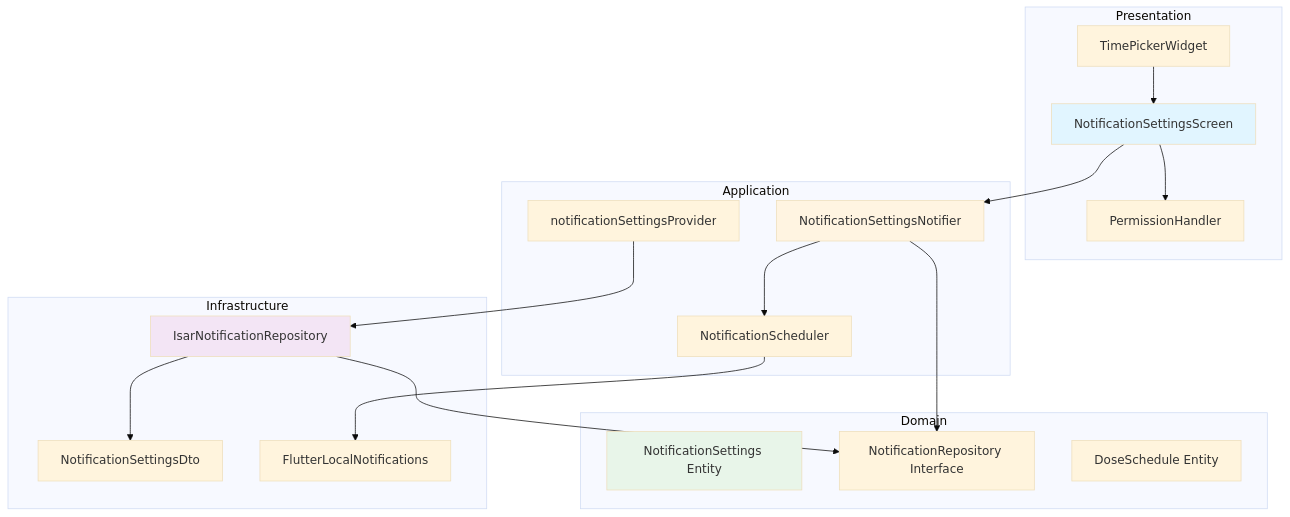
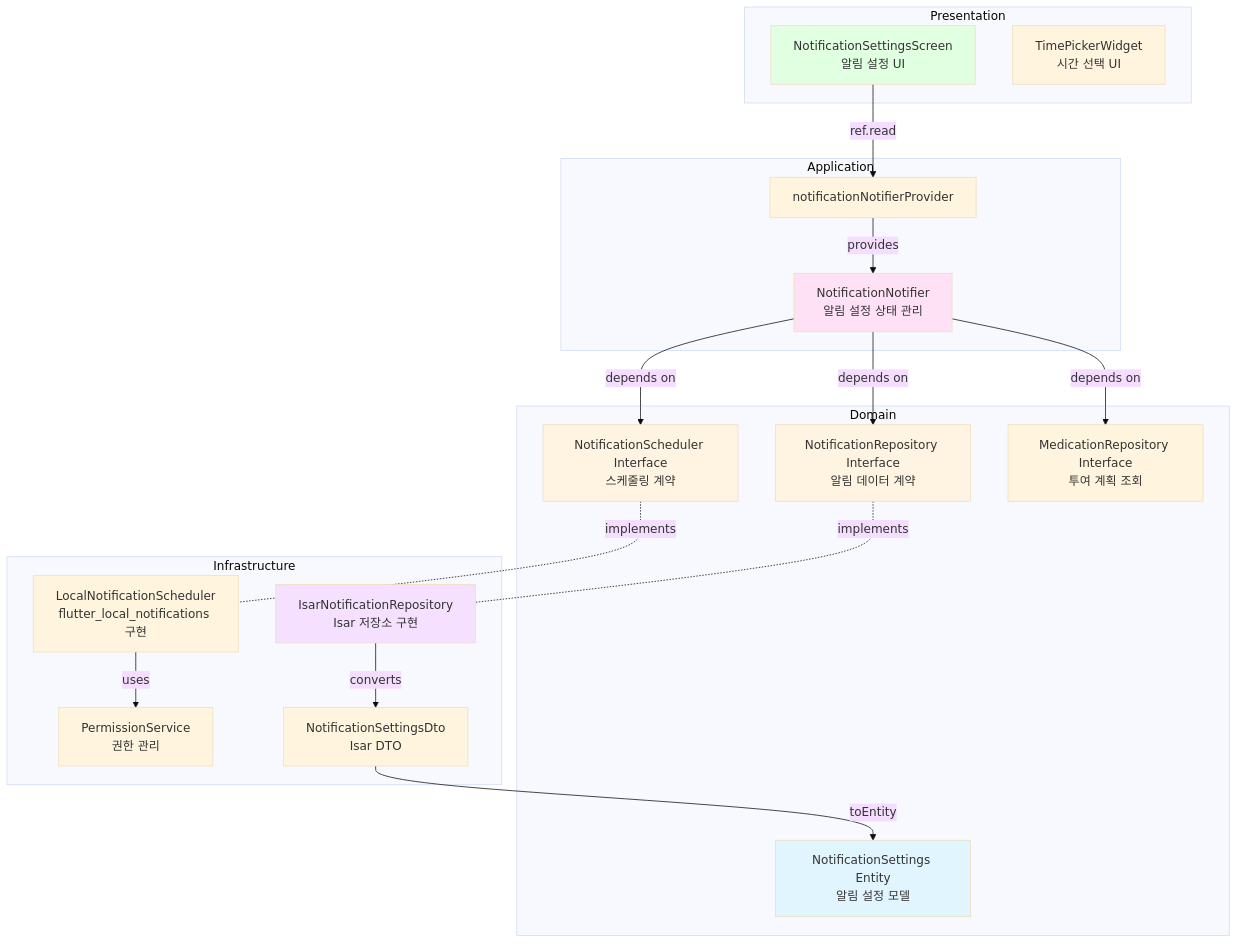
One commit to pcepyon/n06 changed the diagram in docs/014/plan.md. Above: the diagram before and after it, drawn with Mermaid (base theme). The commit also changed other lines of this file and 18 other files, not shown here.

````diff
--- a/docs/014/plan.md
+++ b/docs/014/plan.md
@@ -20,41 +27,44 @@
 ```mermaid
-graph TD
+graph TB
     subgraph Presentation
-        A[NotificationSettingsScreen]
-        B[TimePickerWidget]
-        C[PermissionHandler]
+        SettingsScreen[NotificationSettingsScreen<br/>알림 설정 UI]
+        TimePickerWidget[TimePickerWidget<br/>시간 선택 UI]
     end
 
     subgraph Application
-        D[NotificationSettingsNotifier]
-        E[NotificationScheduler]
-        F[notificationSettingsProvider]
+        NotificationNotifier[NotificationNotifier<br/>알림 설정 상태 관리]
+        NotificationProvider[notificationNotifierProvider]
     end
 
     subgraph Domain
-        G[NotificationSettings Entity]
-        H[NotificationRepository Interface]
-        I[DoseSchedule Entity]
+        NotificationSettings[NotificationSettings Entity<br/>알림 설정 모델]
+        NotificationRepo[NotificationRepository Interface<br/>알림 데이터 계약]
+        NotificationScheduler[NotificationScheduler Interface<br/>스케줄링 계약]
+        MedicationRepo[MedicationRepository Interface<br/>투여 계획 조회]
     end
 
     subgraph Infrastructure
-        J[IsarNotificationRepository]
-        K[NotificationSettingsDto]
-        L[FlutterLocalNotifications]
+        IsarNotificationRepo[IsarNotificationRepository<br/>Isar 저장소 구현]
+        LocalNotificationScheduler[LocalNotificationScheduler<br/>flutter_local_notifications 구현]
+        PermissionService[PermissionService<br/>권한 관리]
+        NotificationSettingsDto[NotificationSettingsDto<br/>Isar DTO]
     end
 
-    A --> D
-    A --> C
-    B --> A
-    D --> H
-    D --> E
-    E --> L
-    J --> H
-    J --> K
-    F --> J
+    SettingsScreen -->|ref.read| NotificationProvider
+    NotificationProvider -->|provides| NotificationNotifier
+    NotificationNotifier -->|depends on| NotificationRepo
+    NotificationNotifier -->|depends on| NotificationScheduler
+    NotificationNotifier -->|depends on| MedicationRepo
+    NotificationRepo -.implements.- IsarNotificationRepo
+    NotificationScheduler -.implements.- LocalNotificationScheduler
+    LocalNotificationScheduler -->|uses| PermissionService
+    IsarNotificationRepo -->|converts| NotificationSettingsDto
+    NotificationSettingsDto -->|toEntity| NotificationSettings
 
-    style A fill:#e1f5ff
-    style D fill:#fff4e1
-    style G fill:#e8f5e9
-    style J fill:#f3e5f5
+    style NotificationSettings fill:#e1f5ff
+    style NotificationRepo fill:#fff4e1
+    style NotificationScheduler fill:#fff4e1
+    style NotificationNotifier fill:#ffe1f5
+    style SettingsScreen fill:#e1ffe1
+    style IsarNotificationRepo fill:#f5e1ff
 ```
````
